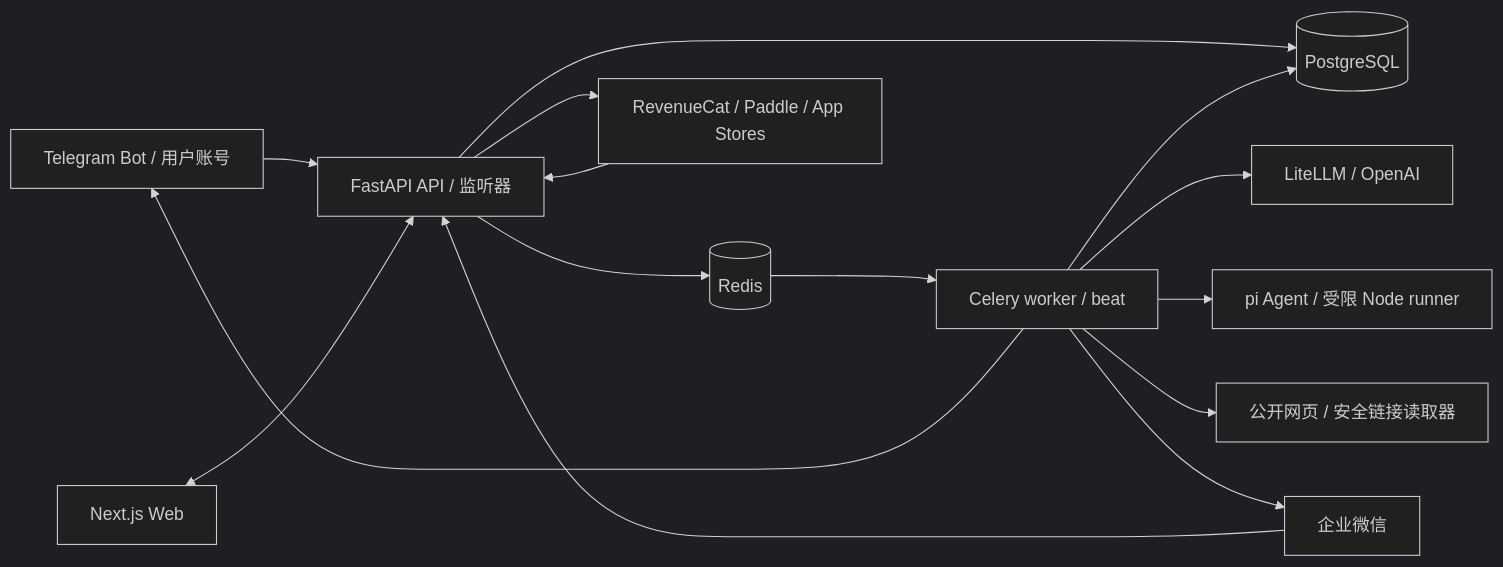
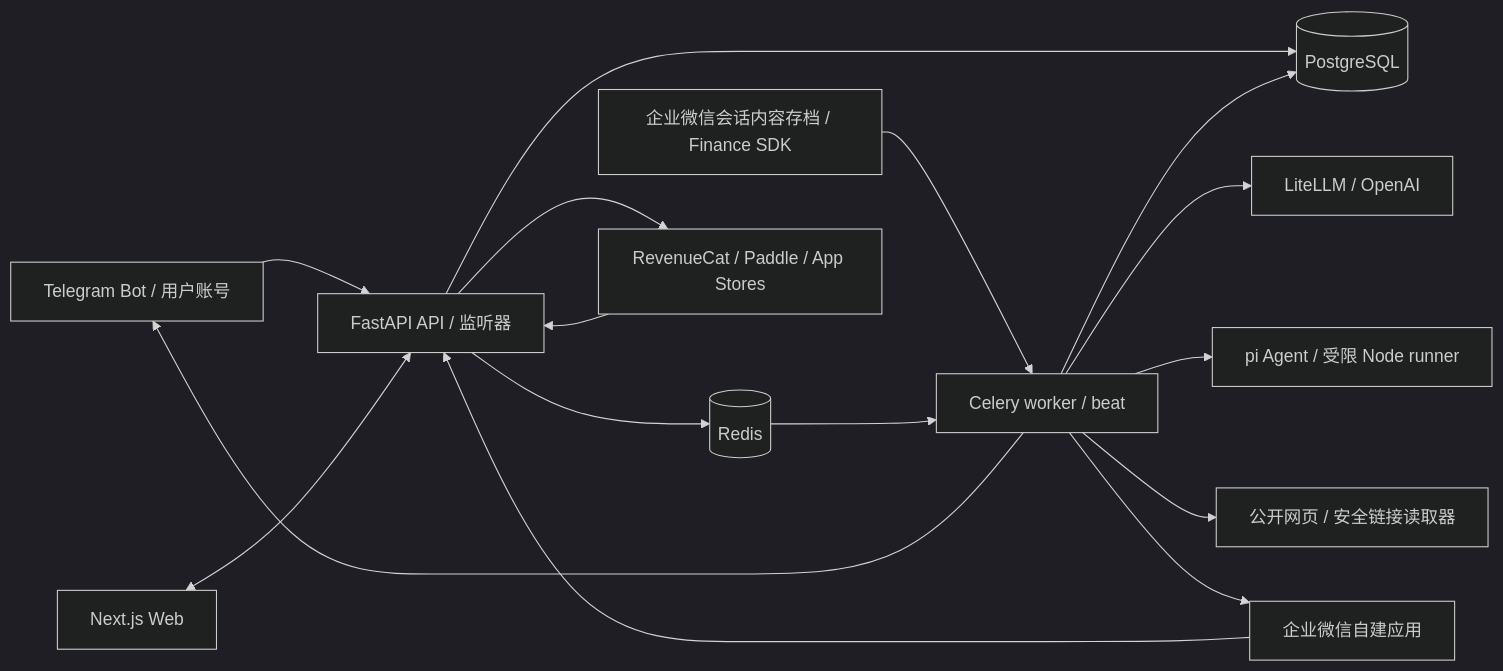
The first of 4 diagrams in docs/architecture/overview.md (story2u/OpenMIRA), drawn with Mermaid (dark theme) before and after one commit. The commit also changed other lines of this file and 38 other files, not shown here.

````diff
--- a/docs/architecture/overview.md
+++ b/docs/architecture/overview.md
@@ -10,17 +10,18 @@
 ```mermaid
 flowchart LR
     TG["Telegram Bot / 用户账号"] --> API["FastAPI API / 监听器"]
-    WC["企业微信"] --> API
+    WC["企业微信自建应用"] --> API
+    WCA["企业微信会话内容存档 / Finance SDK"] --> CELERY
     WEB["Next.js Web"] <--> API
     API --> PG[(PostgreSQL)]
     API --> REDIS[(Redis)]
     REDIS --> CELERY["Celery worker / beat"]
     CELERY --> PG
     CELERY --> AI["LiteLLM / OpenAI"]
     CELERY --> PI["pi Agent / 受限 Node runner"]
     CELERY --> WEBLINK["公开网页 / 安全链接读取器"]
     CELERY --> TG
     CELERY --> WC
     RC["RevenueCat / Paddle / App Stores"] --> API
     API --> RC
 ```
````
